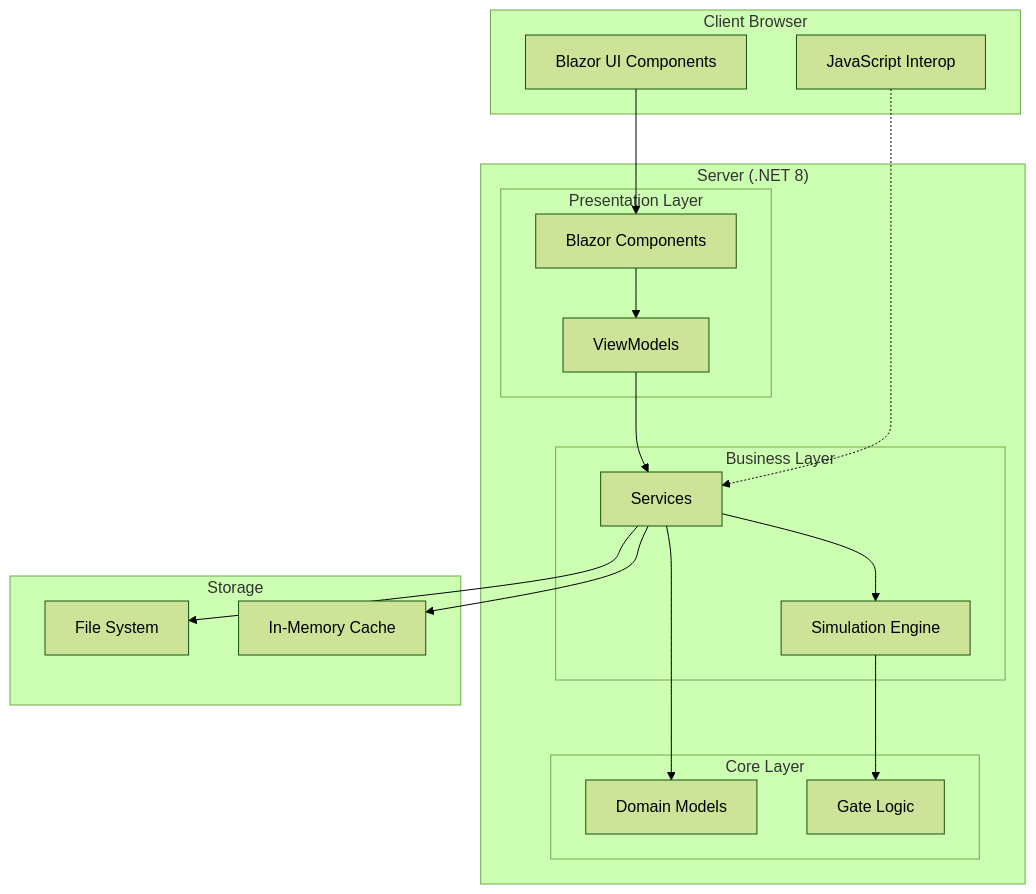
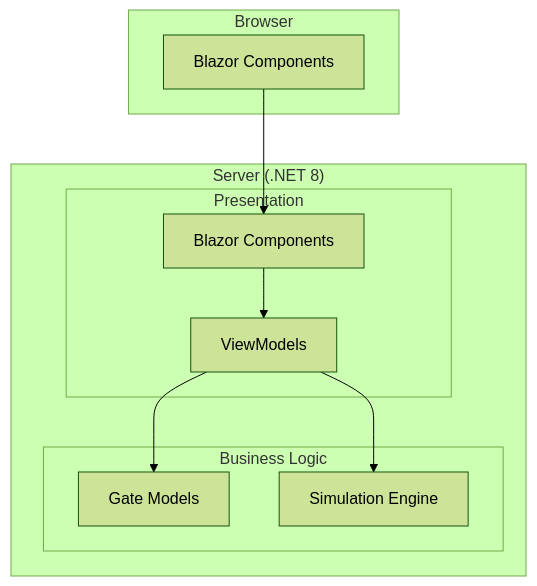
One commit to grahame-white/ai_logica changed the diagram in ARCHITECTURE.md. Above: the diagram before and after it, drawn with Mermaid (forest theme). The commit also changed other lines of this file and 4 other files, not shown here.

````diff
--- a/ARCHITECTURE.md
+++ b/ARCHITECTURE.md
@@ -7,39 +41,23 @@
 ```mermaid
 graph TB
-    subgraph "Client Browser"
-        UI[Blazor UI Components]
-        JS[JavaScript Interop]
+    subgraph "Browser"
+        UI[Blazor Components]
     end
     
     subgraph "Server (.NET 8)"
-        subgraph "Presentation Layer"
+        subgraph "Presentation"
+            COMP[Blazor Components]
             VM[ViewModels]
-            COMP[Blazor Components]
         end
         
-        subgraph "Business Layer"
-            SVC[Services]
-            ENGINE[Simulation Engine]
+        subgraph "Business Logic"
+            GATES[Gate Models]
+            SIM[Simulation Engine]
         end
-        
-        subgraph "Core Layer"
-            MODELS[Domain Models]
-            GATES[Gate Logic]
-        end
-    end
-    
-    subgraph "Storage"
-        FILES[File System]
-        CACHE[In-Memory Cache]
     end
     
     UI --> COMP
     COMP --> VM
-    VM --> SVC
-    SVC --> ENGINE
-    SVC --> MODELS
-    ENGINE --> GATES
-    SVC --> FILES
-    SVC --> CACHE
-    JS -.-> SVC
+    VM --> GATES
+    VM --> SIM
 ```
````
